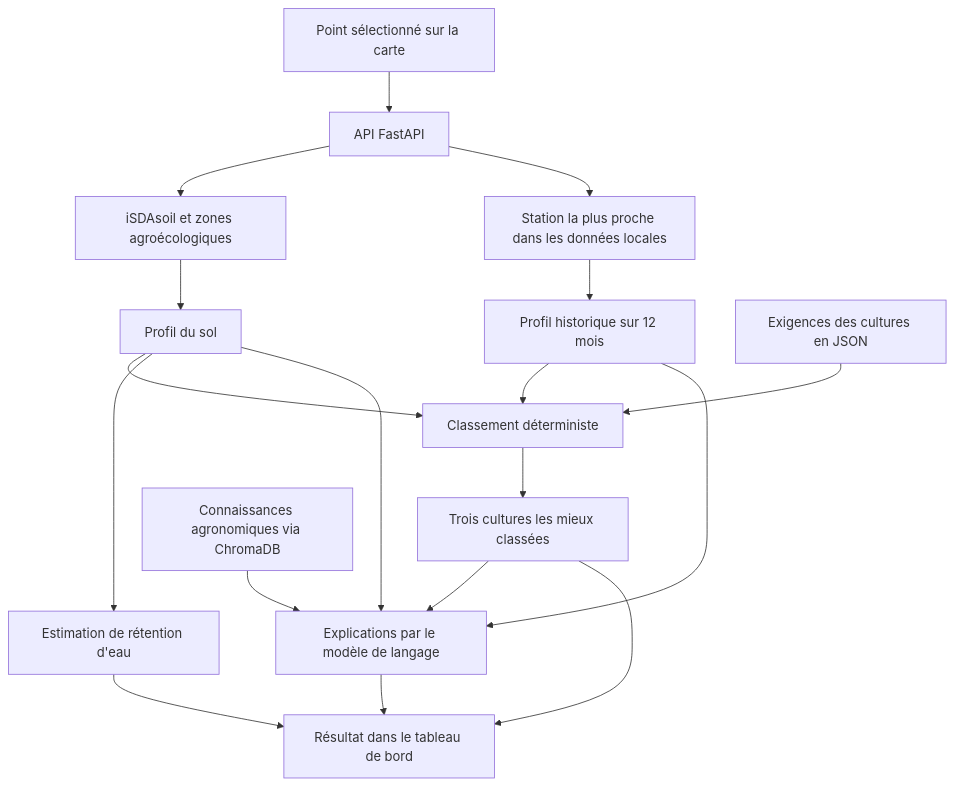
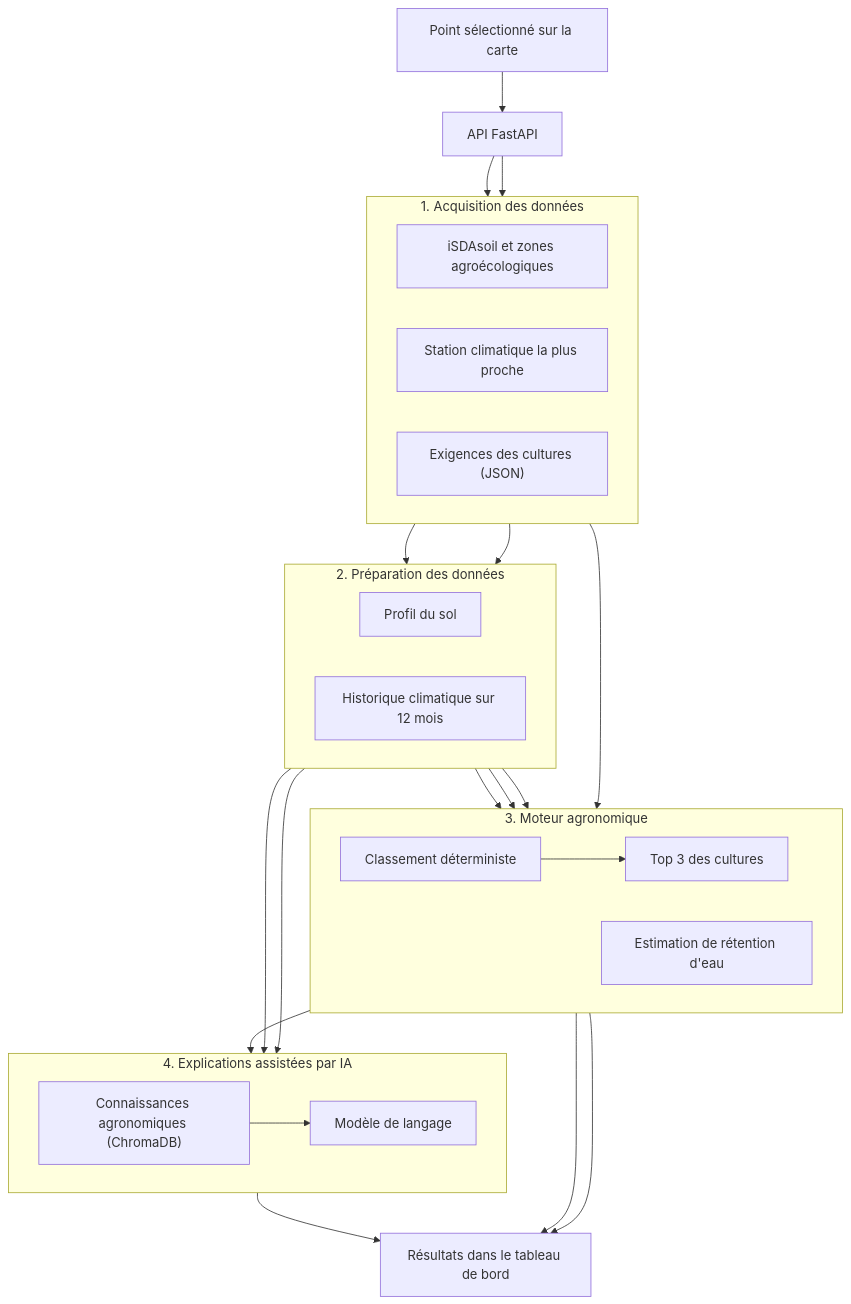
The first of 2 diagrams in README.md (MrKtheNOob/AgriSmart), drawn with Mermaid before and after one commit. The commit also changed other lines of this file, not shown here.

Commit message:
docs: refresh README and keep internal notes local

````diff
--- a/README.md
+++ b/README.md
@@ -18,20 +20,56 @@
 ```mermaid
-flowchart TD
-    Point[Point sélectionné sur la carte] --> API[API FastAPI]
-    API --> Soil[iSDAsoil et zones agroécologiques]
-    API --> Climate[Station la plus proche dans les données locales]
-    Soil --> Profile[Profil du sol]
-    Climate --> Months[Profil historique sur 12 mois]
-    Profile --> Rank[Classement déterministe]
-    Months --> Rank
-    Crops[Exigences des cultures en JSON] --> Rank
-    Profile --> Water[Estimation de rétention d'eau]
-    Rank --> Top[Trois cultures les mieux classées]
-    Top --> Explain[Explications par le modèle de langage]
-    Profile --> Explain
-    Months --> Explain
-    Knowledge[Connaissances agronomiques via ChromaDB] --> Explain
-    Explain --> Report[Résultat dans le tableau de bord]
-    Water --> Report
-    Top --> Report
+flowchart TB
+    Point["Point sélectionné sur la carte"]
+    API["API FastAPI"]
+
+    subgraph Sources["1. Acquisition des données"]
+        direction LR
+        Soil["iSDAsoil et zones agroécologiques"]
+        Climate["Station climatique la plus proche"]
+        Crops["Exigences des cultures (JSON)"]
+    end
+
+    subgraph Processing["2. Préparation des données"]
+        direction LR
+        SoilProfile["Profil du sol"]
+        ClimateProfile["Historique climatique sur 12 mois"]
+    end
+
+    subgraph Engine["3. Moteur agronomique"]
+        direction LR
+        Ranking["Classement déterministe"]
+        Water["Estimation de rétention d'eau"]
+        Top3["Top 3 des cultures"]
+        Ranking --> Top3
+    end
+
+    subgraph AI["4. Explications assistées par IA"]
+        direction LR
+        Knowledge["Connaissances agronomiques (ChromaDB)"]
+        LLM["Modèle de langage"]
+        Knowledge --> LLM
+    end
+
+    Dashboard["Résultats dans le tableau de bord"]
+
+    Point --> API
+    API --> Soil
+    API --> Climate
+
+    Soil --> SoilProfile
+    Climate --> ClimateProfile
+
+    SoilProfile --> Ranking
+    ClimateProfile --> Ranking
+    Crops --> Ranking
+
+    SoilProfile --> Water
+
+    Top3 --> LLM
+    SoilProfile --> LLM
+    ClimateProfile --> LLM
+
+    Top3 --> Dashboard
+    Water --> Dashboard
+    LLM --> Dashboard
 ```
````
